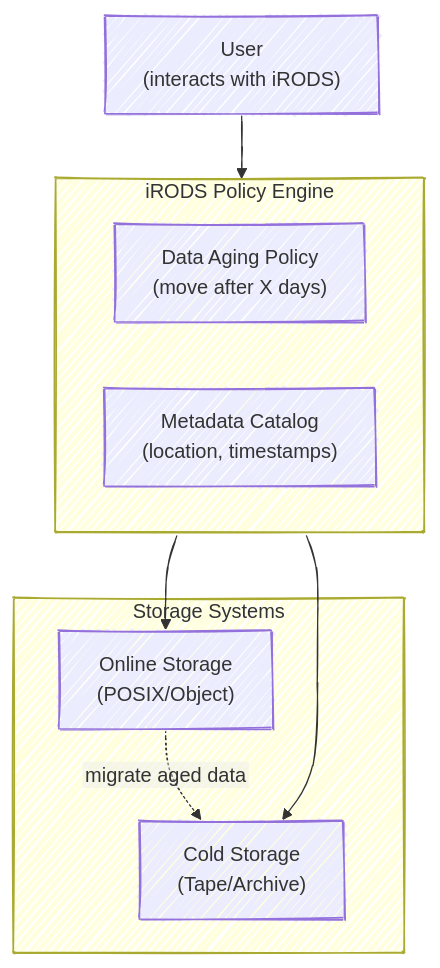
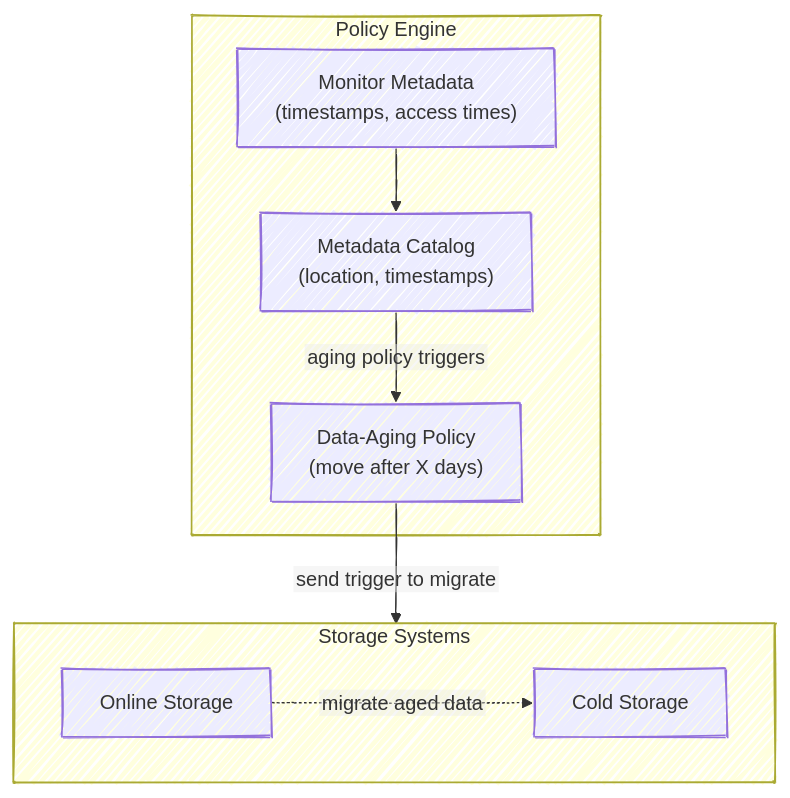
The fourth of 7 diagrams in book/data-repositories.qmd (chStaiger/rdm-fundamentals), drawn with Mermaid before and after one commit. The commit also changed other lines of this file, not shown here.

Commit message:
adjusting graphs

````diff
--- a/book/data-repositories.qmd
+++ b/book/data-repositories.qmd
@@ -287,25 +296,31 @@
 ```{mermaid}
 %%| label: fig-4
-%%| fig-cap: iRODS enforces a data‑aging policy across an online and a cold‑storage tier. When a file has not been accessed for a defined period, the policy engine moves it to cold storage while preserving its logical path.
+%%| fig-cap: The policy engine monitors file metadata. When a data‑aging policy triggers, the policy engine moves aged data from online storage to cold storage while preserving its logical path.
 %%| fig-align: center
 %%{init: {"look": "handDrawn","flowchart": { "htmlLabels": false }}}%%
+
 flowchart TB
 
-    User["User<br/>(interacts with iRODS)"]
-
-    subgraph PE["iRODS Policy Engine"]
-        AgePolicy["Data Aging Policy<br/>(move after X days)"]
+    subgraph PE["Policy Engine"]
+        Monitor["Monitor Metadata<br/>(timestamps, access times)"]
+        AgePolicy["Data‑Aging Policy<br/>(move after X days)"]
         Catalog["Metadata Catalog<br/>(location, timestamps)"]
     end
 
     subgraph Storage["Storage Systems"]
-        Hot["Online Storage<br/>(POSIX/Object)"]
-        Cold["Cold Storage<br/>(Tape/Archive)"]
+        Hot["Online Storage"]
+        Cold["Cold Storage"]
     end
 
-    User --> PE
-    PE --> Hot
-    PE --> Cold
+    %% Policy Engine monitors metadata
+    Monitor --> Catalog
 
-    Hot -.migrate aged data.-> Cold
+    %% Aging policy triggers automatically
+    Catalog -- "aging policy triggers" --> AgePolicy
+
+    %% Policy Engine moves data
+    AgePolicy --"send trigger to migrate"--> Storage
+
+    %% Visual cue for migration
+    Hot -. "migrate aged data" .-> Cold
 ```
````
